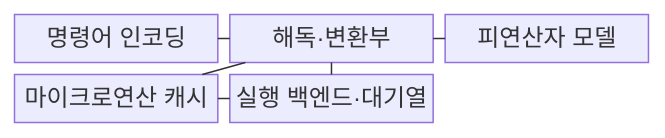
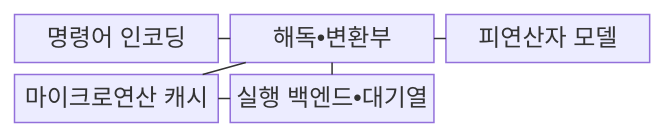
Before and after one commit to agnusdei1207/knowledge-base: the first of 2 diagrams in src/content/docs/notes/02-hardware/003_risc_vs_cisc.md, drawn with Mermaid. The commit also changed other lines of this file and 953 other files, not shown here.

````diff
--- a/src/content/docs/notes/02-hardware/003_risc_vs_cisc.md
+++ b/src/content/docs/notes/02-hardware/003_risc_vs_cisc.md
@@ -73,9 +73,9 @@
 ```mermaid
 block
     columns 3
-    E["명령어 인코딩"] --- D["해독·변환부"]
+    E["명령어 인코딩"] --- D["해독•변환부"]
     O["피연산자 모델"] --- D
     D --- U["마이크로연산 캐시"]
-    D --- X["실행 백엔드·대기열"]
+    D --- X["실행 백엔드•대기열"]
     U --- X
 ```
````
